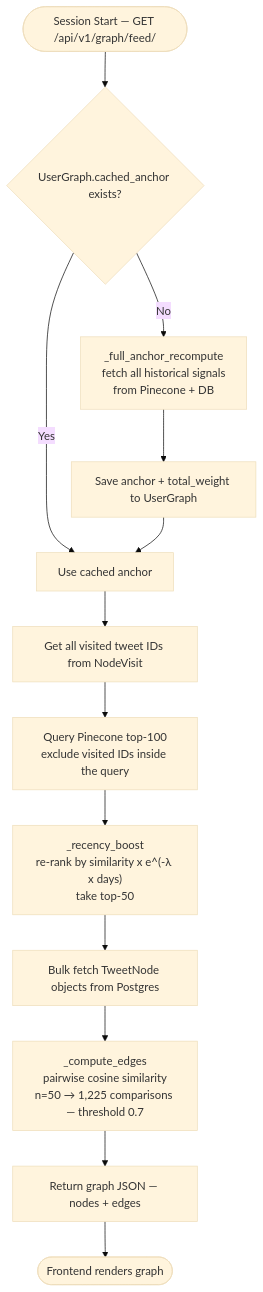
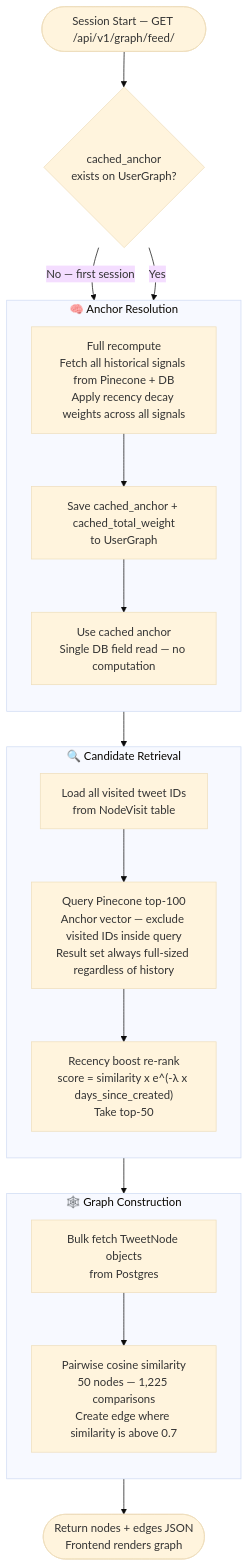
Before and after one commit to yeabb/SonderAI-backend: the third of 6 diagrams in docs/ARCHITECTURE.md, drawn with Mermaid (base theme). The commit also changed other lines of this file, not shown here.

Commit message:
📊 Improve feed graph and anchor lifecycle diagrams with grouped subgraph structure
- Feed graph: grouped into three named subgraphs (Anchor Resolution,
  Candidate Retrieval, Graph Construction) matching infra diagram style
- Anchor lifecycle: nested states separate full recompute path from
  incremental update path for visual clarity

````diff
--- a/docs/ARCHITECTURE.md
+++ b/docs/ARCHITECTURE.md
@@ -207,17 +207,38 @@
 ```mermaid
 flowchart TD
-    A(["Session Start — GET /api/v1/graph/feed/"]) --> B{"UserGraph.cached_anchor exists?"}
+    START(["Session Start — GET /api/v1/graph/feed/"])
 
-    B -->|Yes| D["Use cached anchor"]
-    B -->|No| C["_full_anchor_recompute<br/>fetch all historical signals<br/>from Pinecone + DB"]
-    C --> C2["Save anchor + total_weight to UserGraph"]
-    C2 --> D
+    START --> ANCHOR_CHECK{"cached_anchor\nexists on UserGraph?"}
 
-    D --> E["Get all visited tweet IDs from NodeVisit"]
-    E --> F["Query Pinecone top-100<br/>exclude visited IDs inside the query"]
-    F --> G["_recency_boost<br/>re-rank by similarity x e^(-λ x days)<br/>take top-50"]
-    G --> H["Bulk fetch TweetNode objects from Postgres"]
-    H --> I["_compute_edges<br/>pairwise cosine similarity<br/>n=50 → 1,225 comparisons — threshold 0.7"]
-    I --> J["Return graph JSON — nodes + edges"]
-    J --> K(["Frontend renders graph"])
+    subgraph ANCHOR_RESOLUTION["🧠 Anchor Resolution"]
+        direction TB
+        RECOMPUTE["Full recompute<br/>Fetch all historical signals from Pinecone + DB<br/>Apply recency decay weights across all signals"]
+        SAVE_ANCHOR["Save cached_anchor + cached_total_weight<br/>to UserGraph"]
+        USE_CACHE["Use cached anchor<br/>Single DB field read — no computation"]
+        RECOMPUTE --> SAVE_ANCHOR --> USE_CACHE
+    end
+
+    ANCHOR_CHECK -->|"No — first session"| RECOMPUTE
+    ANCHOR_CHECK -->|"Yes"| USE_CACHE
+
+    subgraph CANDIDATE_RETRIEVAL["🔍 Candidate Retrieval"]
+        direction TB
+        VISITED["Load all visited tweet IDs<br/>from NodeVisit table"]
+        PINECONE_QUERY["Query Pinecone top-100<br/>Anchor vector — exclude visited IDs inside query<br/>Result set always full-sized regardless of history"]
+        RERANK["Recency boost re-rank<br/>score = similarity x e^(-λ x days_since_created)<br/>Take top-50"]
+        VISITED --> PINECONE_QUERY --> RERANK
+    end
+
+    USE_CACHE --> VISITED
+
+    subgraph GRAPH_CONSTRUCTION["🕸️ Graph Construction"]
+        direction TB
+        PG_FETCH["Bulk fetch TweetNode objects<br/>from Postgres"]
+        EDGES["Pairwise cosine similarity<br/>50 nodes — 1,225 comparisons<br/>Create edge where similarity is above 0.7"]
+        PG_FETCH --> EDGES
+    end
+
+    RERANK --> PG_FETCH
+
+    EDGES --> RESPONSE(["Return nodes + edges JSON<br/>Frontend renders graph"])
 ```
````
